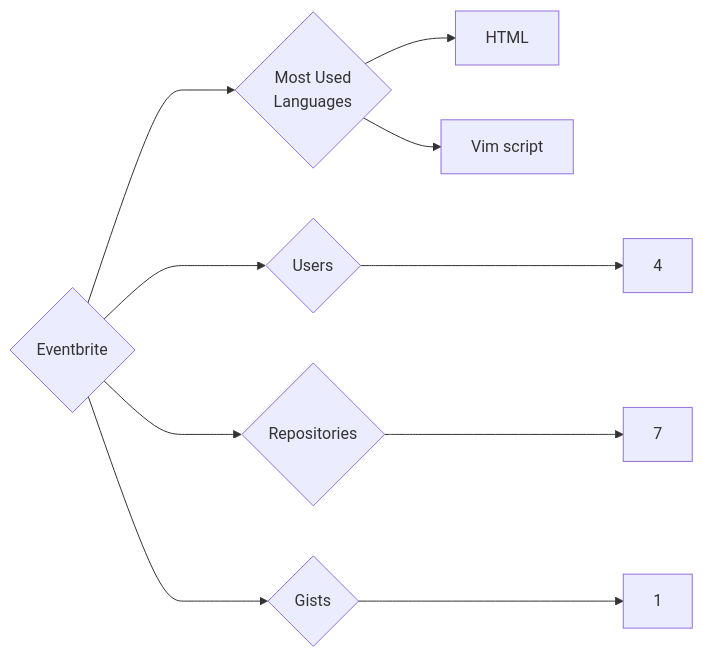
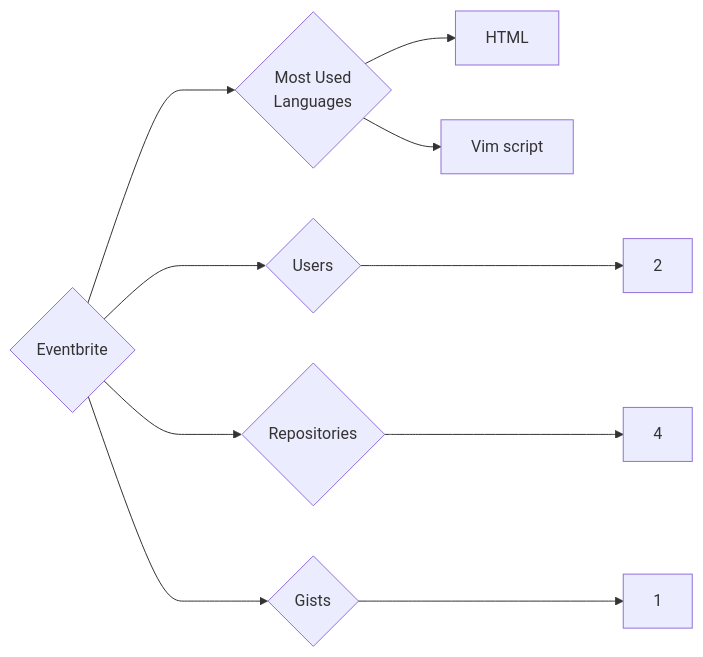
Before and after one commit to trickest/insiders: the diagram in targets/Eventbrite/README.md, drawn with Mermaid. The commit also changed 965 other files, not shown here.

````diff
--- a/targets/Eventbrite/README.md
+++ b/targets/Eventbrite/README.md
@@ -3,10 +3,10 @@
 ```mermaid
 graph LR
 COMPANY_NAME{Eventbrite}
-COMPANY_NAME ---> U{Users} ---> UN[4]
-COMPANY_NAME ---> R{Repositories} ---> RN[7]
+COMPANY_NAME ---> U{Users} ---> UN[2]
+COMPANY_NAME ---> R{Repositories} ---> RN[4]
 COMPANY_NAME ---> G{Gists} ---> GN[1]
 COMPANY_NAME ---> ML{Most Used<br>Languages}
 ML --> HTML[HTML]
 ML --> Vim_script[Vim script]
 ```
````
